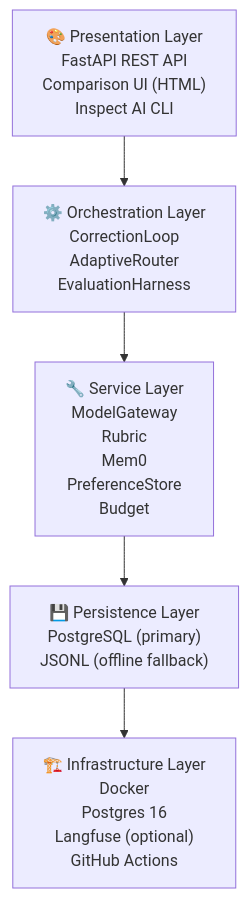
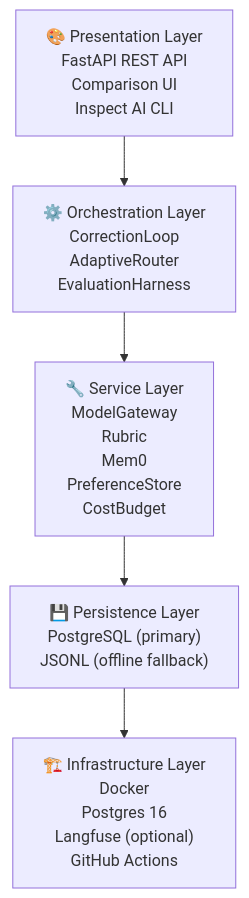
Before and after one commit to Hasan26ozcan/Script-Supervisor: the diagram in README.md, drawn with Mermaid. The commit also changed other lines of this file and 15 other files, not shown here.

````diff
--- a/README.md
+++ b/README.md
@@ -14,7 +51,7 @@
 ```mermaid
 graph TD
-    A["🎨 Presentation Layer<br/>FastAPI REST API<br/>Comparison UI (HTML)<br/>Inspect AI CLI"] --> B["⚙️ Orchestration Layer<br/>CorrectionLoop<br/>AdaptiveRouter<br/>EvaluationHarness"]
-    B --> C["🔧 Service Layer<br/>ModelGateway<br/>Rubric<br/>Mem0<br/>PreferenceStore<br/>Budget"]
+    A["🎨 Presentation Layer<br/>FastAPI REST API<br/>Comparison UI<br/>Inspect AI CLI"] --> B["⚙️ Orchestration Layer<br/>CorrectionLoop<br/>AdaptiveRouter<br/>EvaluationHarness"]
+    B --> C["🔧 Service Layer<br/>ModelGateway<br/>Rubric<br/>Mem0<br/>PreferenceStore<br/>CostBudget"]
     C --> D["💾 Persistence Layer<br/>PostgreSQL (primary)<br/>JSONL (offline fallback)"]
     D --> E["🏗️ Infrastructure Layer<br/>Docker<br/>Postgres 16<br/>Langfuse (optional)<br/>GitHub Actions"]
 ```
````
